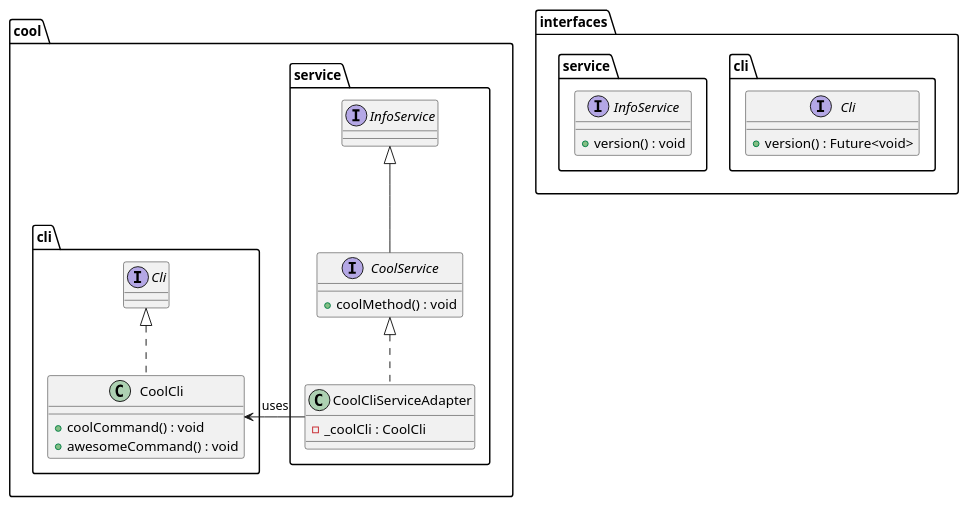
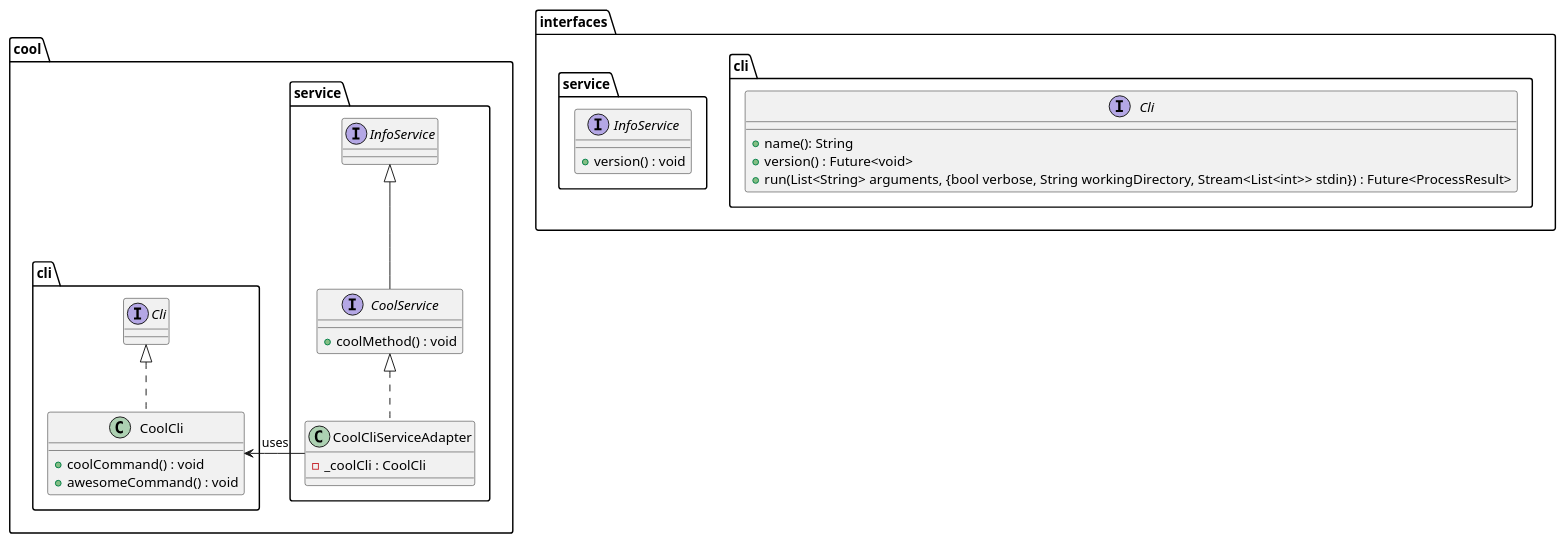
Before and after one commit to Flank/flank-dashboard: the diagram in metrics/cli/docs/diagrams/cli_interfaces_class_diagram.puml, drawn with PlantUML. The commit also changed 3 other files, not shown here.

```diff
--- a/metrics/cli/docs/diagrams/cli_interfaces_class_diagram.puml
+++ b/metrics/cli/docs/diagrams/cli_interfaces_class_diagram.puml
@@ -1,38 +1,40 @@
 @startuml cli_interfaces_class_diagram
 
 package interfaces {
     package cli {
         interface Cli {
+            + name(): String
             + version() : Future<void>
+            + run(List<String> arguments, {bool verbose, String workingDirectory, Stream<List<int>> stdin}) : Future<ProcessResult>
         }
     }
 
     package service {
         interface InfoService {
             + version() : void
         }
     }
 }
 
 package cool {
     package service as cool.service{
         interface CoolService extends InfoService{
             + coolMethod() : void
         }
 
         class CoolCliServiceAdapter implements CoolService {
             - _coolCli : CoolCli
         }
     }
 
     package cli as cool.cli {
         class CoolCli implements Cli {
             + coolCommand() : void
             + awesomeCommand() : void
         }
     }
 }
 
 CoolCliServiceAdapter -> CoolCli : uses
 
 @enduml
```
